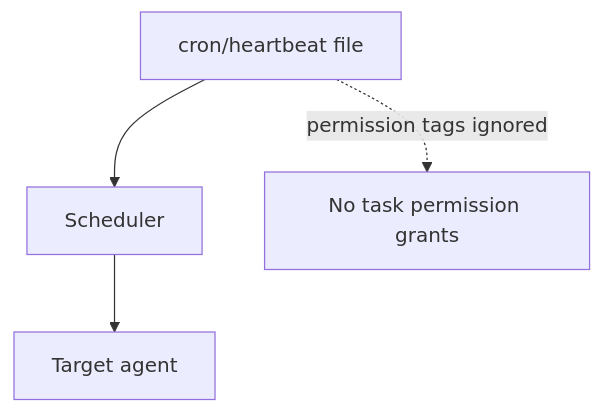
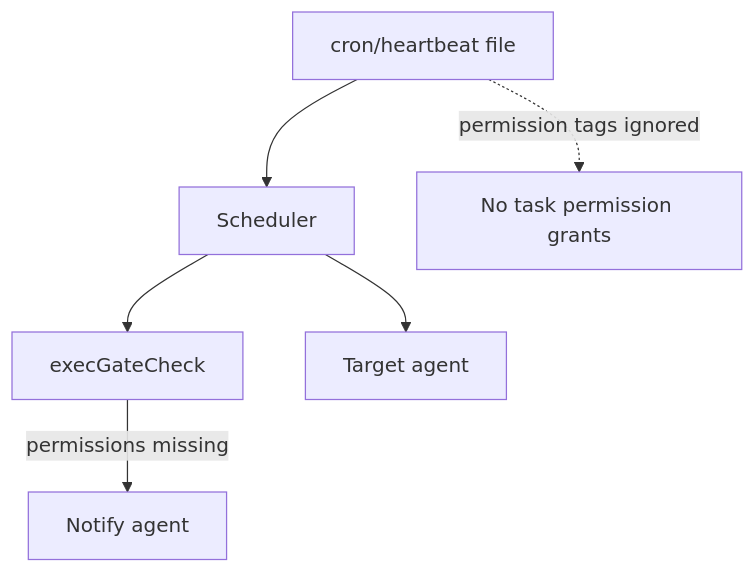
Before and after one commit to ex3ndr/daycare: the fourth of 5 diagrams in docs/permissions.md, drawn with Mermaid. The commit also changed other lines of this file and 16 other files, not shown here.

Commit message:
feat(scheduling): validate gate permissions

````diff
--- a/docs/permissions.md
+++ b/docs/permissions.md
@@ -94,6 +96,8 @@
 ```mermaid
 flowchart TD
   Task[cron/heartbeat file] --> Scheduler[Scheduler]
+  Scheduler --> Gate[execGateCheck]
   Scheduler --> Agent[Target agent]
   Task -. permission tags ignored .-> Ignore[No task permission grants]
+  Gate -->|permissions missing| Notify[Notify agent]
 ```
````
